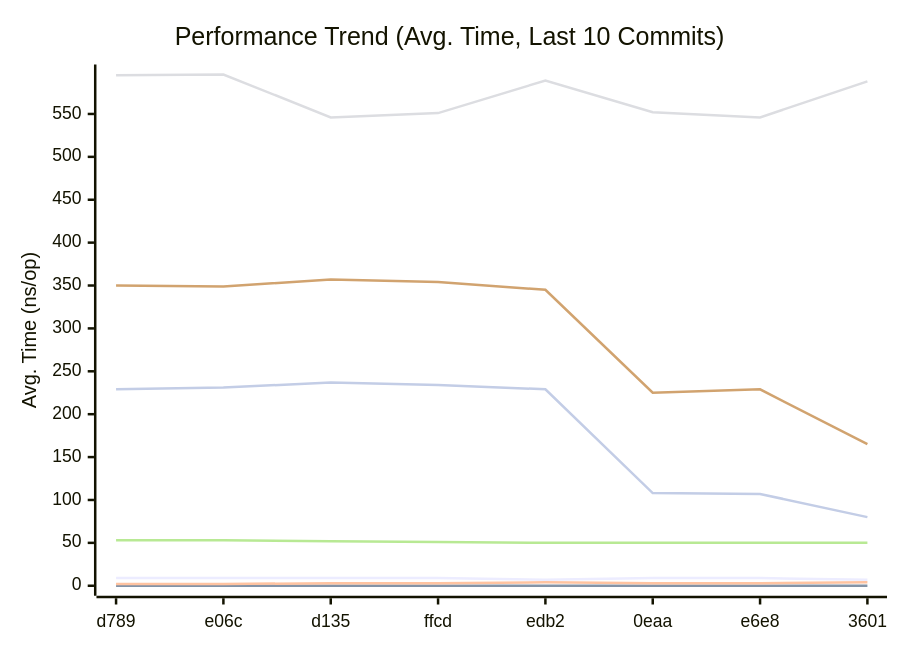
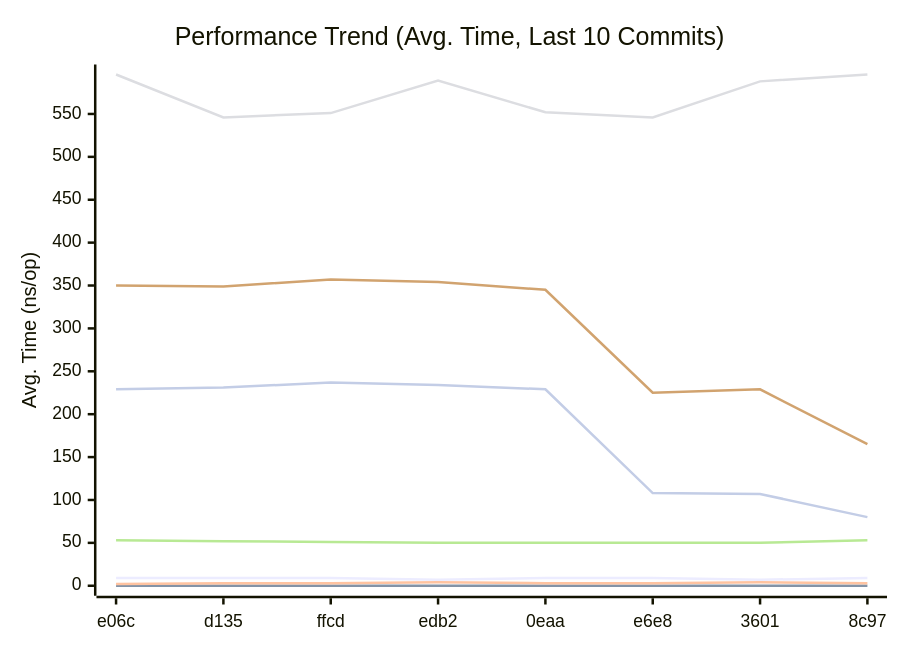
One commit to alsotoes/momo changed the first of 3 diagrams in docs/README.md. Above: the diagram before and after it, drawn with Mermaid. The commit also changed other lines of this file and 1 other file, not shown here.

````diff
--- a/docs/README.md
+++ b/docs/README.md
@@ -303,14 +303,14 @@
 ```mermaid
 xychart-beta
     title "Performance Trend (Avg. Time, Last 10 Commits)"
     x-axis "Commit"
     y-axis "Avg. Time (ns/op)"
-    x-axis [d789,e06c,d135,ffcd,edb2,0eaa,e6e8,3601]
-    line "CheckMetricsAndSwap" [9,9,9,9,7,9,9,7,9,9]
+    x-axis [e06c,d135,ffcd,edb2,0eaa,e6e8,3601,8c97]
+    line "CheckMetricsAndSwap" [9,9,9,7,9,9,7,9,9,9]
     line "IndexDirectTracking" [0,0,0,0,0,0,0,0,0,0]
-    line "IndexSearch" [2,2,3,3,4,3,3,4,3,4]
-    line "LoadGlobalConfig" [595,596,546,551,589,552,546,588,596,608]
-    line "PadString" [53,53,52,51,50,50,50,50,53,53]
+    line "IndexSearch" [2,3,3,4,3,3,4,3,4,4]
+    line "LoadGlobalConfig" [596,546,551,589,552,546,588,596,608,550]
+    line "PadString" [53,52,51,50,50,50,50,53,53,50]
     line "ParseReplicationOrder_NoPrealloc" [350,349,357,354,345,225,229,165,232,234]
     line "ParseReplicationOrder_Prealloc" [229,231,237,234,229,108,107,80,110,109]
 ```
````
